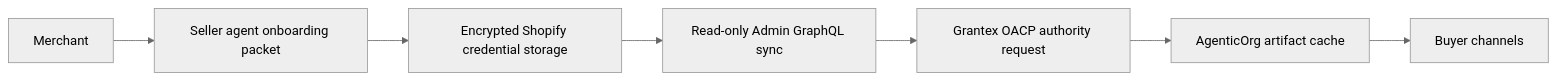
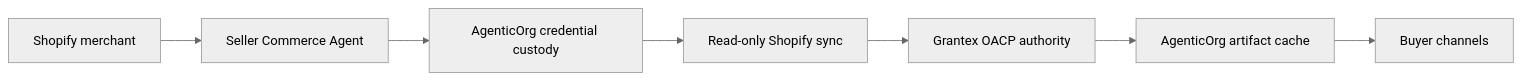
One commit to mishrasanjeev/agentic-org changed the diagram in docs/blog/how-shopify-merchant-becomes-agentic-commerce-seller.md. Above: the diagram before and after it, drawn with Mermaid (neutral theme). The commit also changed other lines of this file and 36 other files, not shown here.

````diff
--- a/docs/blog/how-shopify-merchant-becomes-agentic-commerce-seller.md
+++ b/docs/blog/how-shopify-merchant-becomes-agentic-commerce-seller.md
@@ -3,9 +13,9 @@
 ```mermaid
 flowchart LR
-  merchant[Merchant] --> packet[Seller agent onboarding packet]
-  packet --> vault[Encrypted Shopify credential storage]
-  vault --> sync[Read-only Admin GraphQL sync]
-  sync --> grantex[Grantex OACP authority request]
+  merchant[Shopify merchant] --> agent[Seller Commerce Agent]
+  agent --> creds[AgenticOrg credential custody]
+  creds --> sync[Read-only Shopify sync]
+  sync --> grantex[Grantex OACP authority]
   grantex --> cache[AgenticOrg artifact cache]
   cache --> buyers[Buyer channels]
 ```
````
